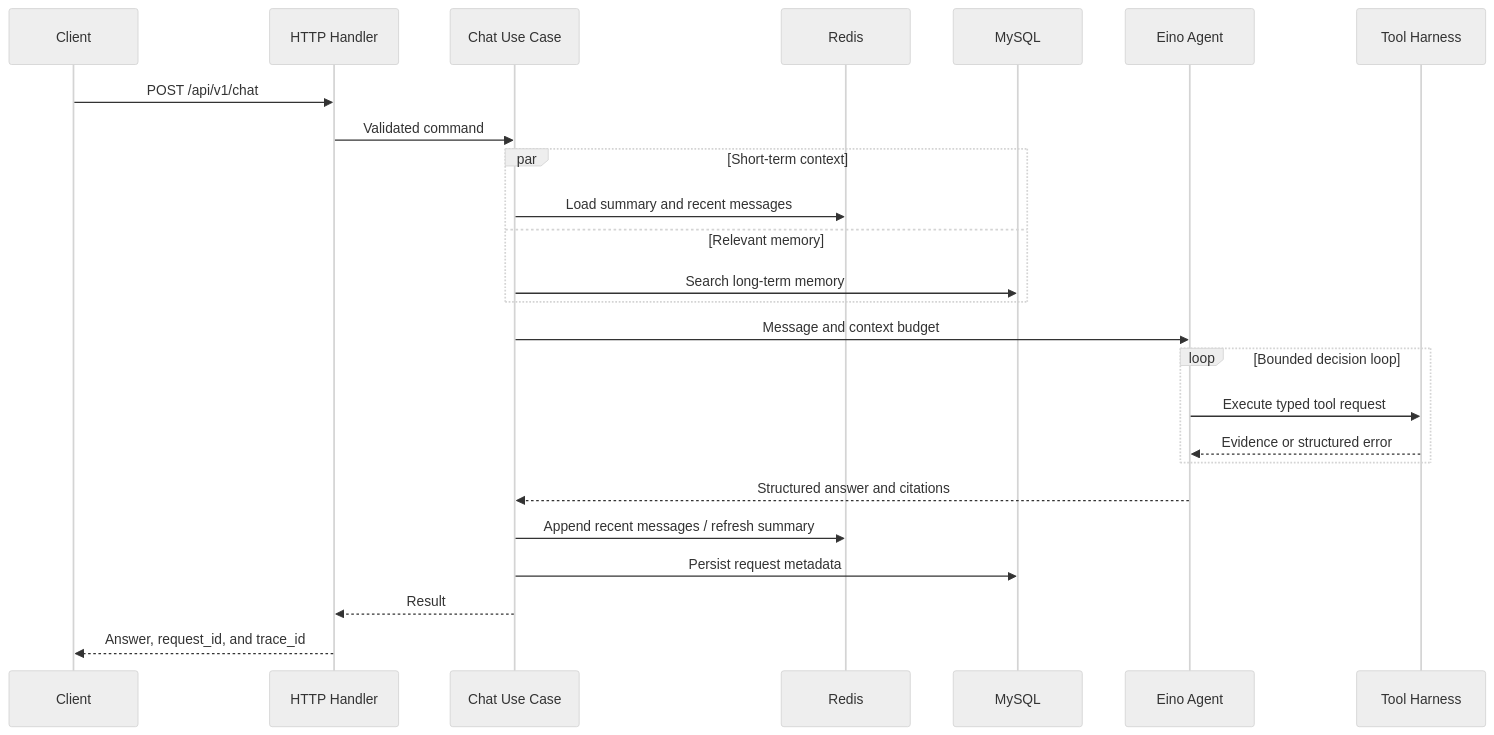
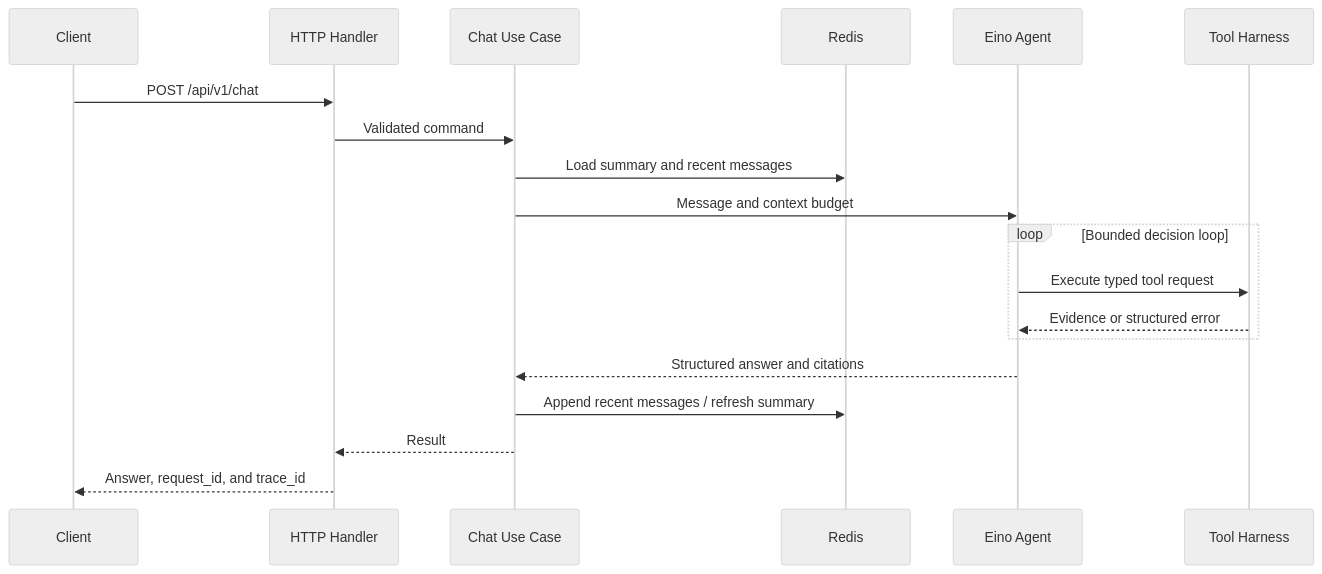
One commit to jiawei-wang-dev/WatchOps-Lite changed the third of 3 diagrams in docs/ARCHITECTURE.md. Above: the diagram before and after it, drawn with Mermaid (neutral theme). The commit also changed other lines of this file and 21 other files, not shown here.

````diff
--- a/docs/ARCHITECTURE.md
+++ b/docs/ARCHITECTURE.md
@@ -84,28 +78,22 @@
 ```mermaid
 sequenceDiagram
     participant C as Client
     participant H as HTTP Handler
     participant A as Chat Use Case
     participant R as Redis
-    participant M as MySQL
     participant G as Eino Agent
     participant T as Tool Harness
 
     C->>H: POST /api/v1/chat
     H->>A: Validated command
-    par Short-term context
-        A->>R: Load summary and recent messages
-    and Relevant memory
-        A->>M: Search long-term memory
-    end
+    A->>R: Load summary and recent messages
     A->>G: Message and context budget
     loop Bounded decision loop
         G->>T: Execute typed tool request
         T-->>G: Evidence or structured error
     end
     G-->>A: Structured answer and citations
     A->>R: Append recent messages / refresh summary
-    A->>M: Persist request metadata
     A-->>H: Result
     H-->>C: Answer, request_id, and trace_id
 ```
````
